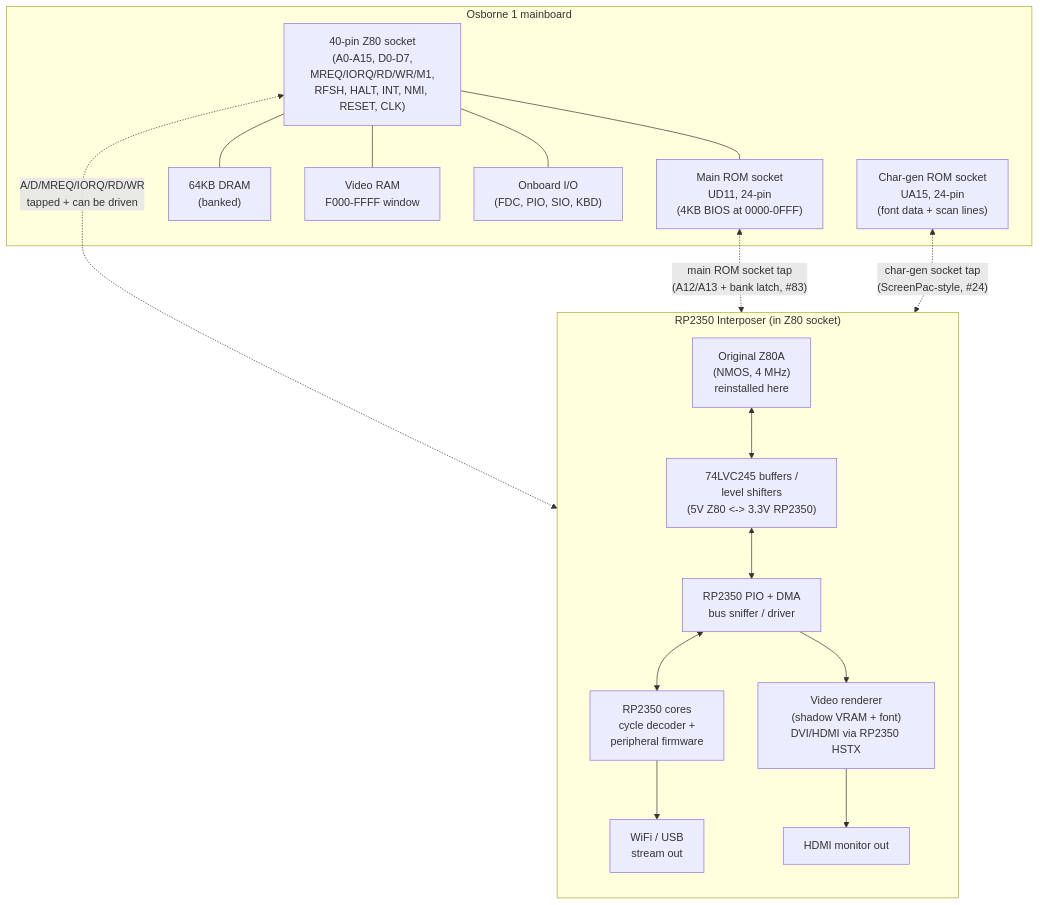
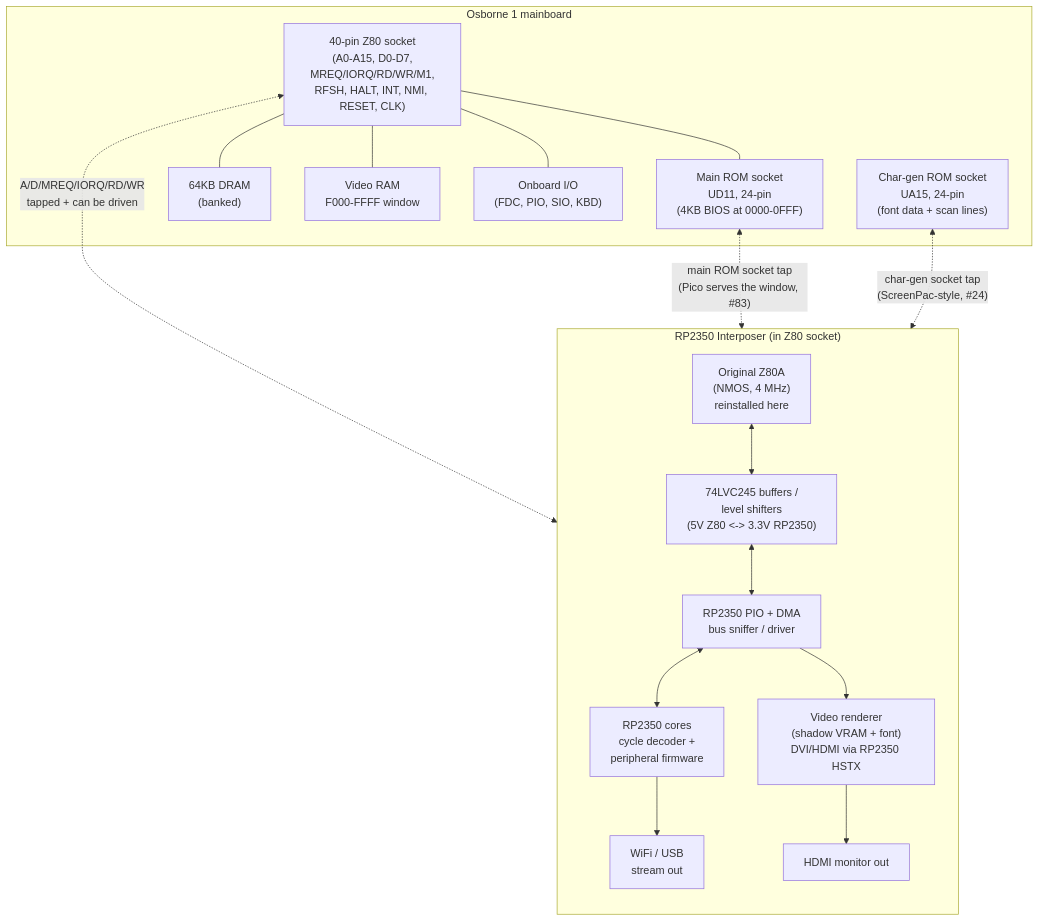
The first of 4 diagrams in docs/virtual-peripherals-block-diagram.md (Myrcurial/o1next), drawn with Mermaid before and after one commit. The commit also changed other lines of this file and 4 other files, not shown here.

First line of the commit message:
docs: the LFF keeps a stock 1.44 ROM socket, and with the interposer no ROM part is needed (part of #83)

````diff
--- a/docs/virtual-peripherals-block-diagram.md
+++ b/docs/virtual-peripherals-block-diagram.md
@@ -13,29 +13,29 @@
 ```mermaid
 flowchart TB
     subgraph MB["Osborne 1 mainboard"]
         ZSKT["40-pin Z80 socket<br/>(A0-A15, D0-D7,<br/>MREQ/IORQ/RD/WR/M1,<br/>RFSH, HALT, INT, NMI, RESET, CLK)"]
         ROMSKT["Main ROM socket<br/>UD11, 24-pin<br/>(4KB BIOS at 0000-0FFF)"]
         RAM["64KB DRAM<br/>(banked)"]
         VRAM["Video RAM<br/>F000-FFFF window"]
         IO["Onboard I/O<br/>(FDC, PIO, SIO, KBD)"]
         CG["Char-gen ROM socket<br/>UA15, 24-pin<br/>(font data + scan lines)"]
         ZSKT --- ROMSKT & RAM & VRAM & IO
     end
 
     subgraph INTP["RP2350 Interposer (in Z80 socket)"]
         direction TB
         Z80["Original Z80A<br/>(NMOS, 4 MHz)<br/>reinstalled here"]
         BUF["74LVC245 buffers /<br/>level shifters<br/>(5V Z80 <-> 3.3V RP2350)"]
         PIO["RP2350 PIO + DMA<br/>bus sniffer / driver"]
         MCU["RP2350 cores<br/>cycle decoder +<br/>peripheral firmware"]
         WIFI["WiFi / USB<br/>stream out"]
         VID["Video renderer<br/>(shadow VRAM + font)<br/>DVI/HDMI via RP2350 HSTX"]
         HDMI["HDMI monitor out"]
         Z80 <--> BUF <--> PIO <--> MCU --> WIFI
         PIO --> VID --> HDMI
     end
 
     ZSKT <-."A/D/MREQ/IORQ/RD/WR<br/>tapped + can be driven".-> BUF
-    ROMSKT <-."main ROM socket tap<br/>(A12/A13 + bank latch, #83)".-> BUF
+    ROMSKT <-."main ROM socket tap<br/>(Pico serves the window, #83)".-> BUF
     CG <-."char-gen socket tap<br/>(ScreenPac-style, #24)".-> VID
 ```
````
